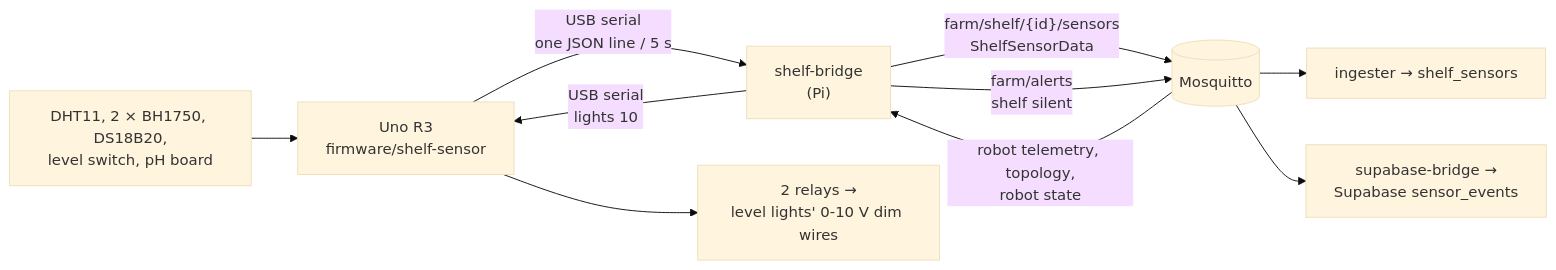
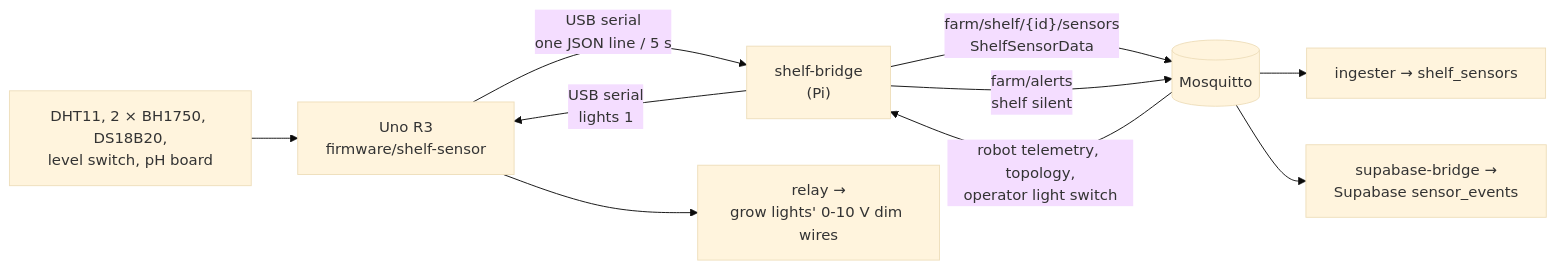
One commit to Ca1eb9/verdant-os changed the diagram in docs/shelf-sensors.md. Above: the diagram before and after it, drawn with Mermaid (base theme). The commit also changed other lines of this file and 27 other files, not shown here.

First line of the commit message:
Operator light control (#70)

````diff
--- a/docs/shelf-sensors.md
+++ b/docs/shelf-sensors.md
@@ -8,12 +8,12 @@
 ```mermaid
 flowchart LR
     Sensors["DHT11, 2 × BH1750, DS18B20,<br/>level switch, pH board"] --> Uno["Uno R3<br/>firmware/shelf-sensor"]
     Uno -- "USB serial<br/>one JSON line / 5 s" --> Bridge["shelf-bridge<br/>(Pi)"]
     Bridge -- "farm/shelf/{id}/sensors<br/>ShelfSensorData" --> Broker[(Mosquitto)]
     Bridge -- "farm/alerts<br/>shelf silent" --> Broker
     Broker --> Ingester["ingester → shelf_sensors"]
     Broker --> SupaBridge["supabase-bridge →<br/>Supabase sensor_events"]
-    Broker -- "robot telemetry, topology,<br/>robot state" --> Bridge
-    Bridge -- "USB serial<br/>lights 10" --> Uno
-    Uno --> Relays["2 relays →<br/>level lights' 0-10 V dim wires"]
+    Broker -- "robot telemetry, topology,<br/>operator light switch" --> Bridge
+    Bridge -- "USB serial<br/>lights 1" --> Uno
+    Uno --> Relays["relay →<br/>grow lights' 0-10 V dim wires"]
 ```
````
